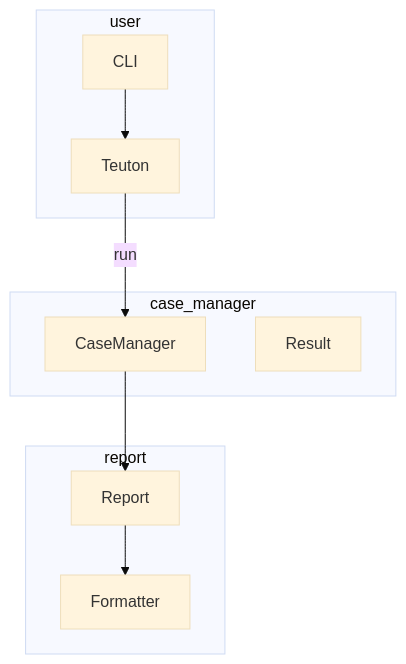
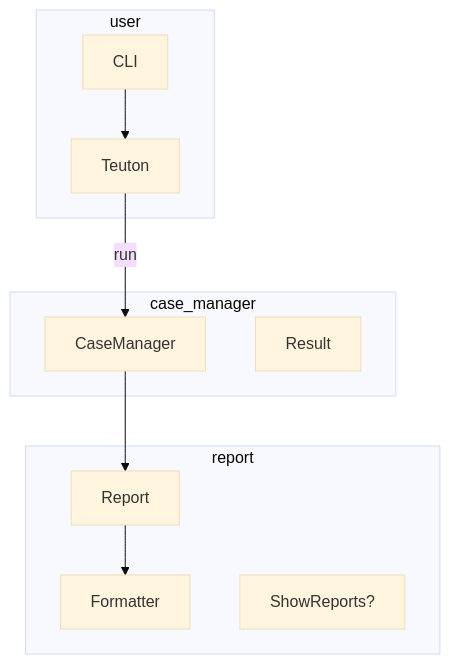
Before and after one commit to teuton-software/teuton: the second of 2 diagrams in docs/diagram.md, drawn with Mermaid (base theme).

````diff
--- a/docs/diagram.md
+++ b/docs/diagram.md
@@ -43,17 +43,19 @@
 ```mermaid
 flowchart TB
 
 subgraph user
   CLI --> Teuton
 end
 
 subgraph case_manager
   Teuton -- run --> CaseManager
   Result
 end
 
 subgraph report
   CaseManager --> Report
   Report --> Formatter
+
+  ShowReports?
 end
 ```
````
